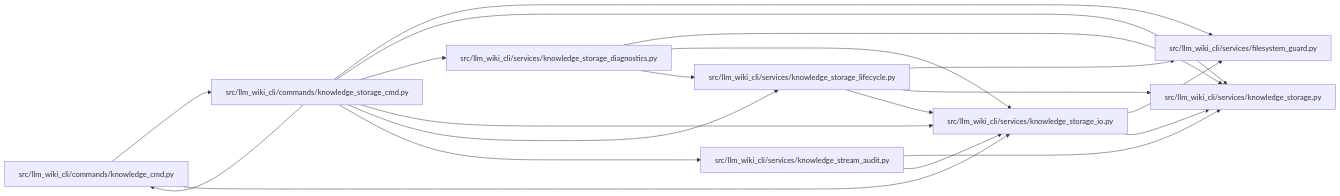
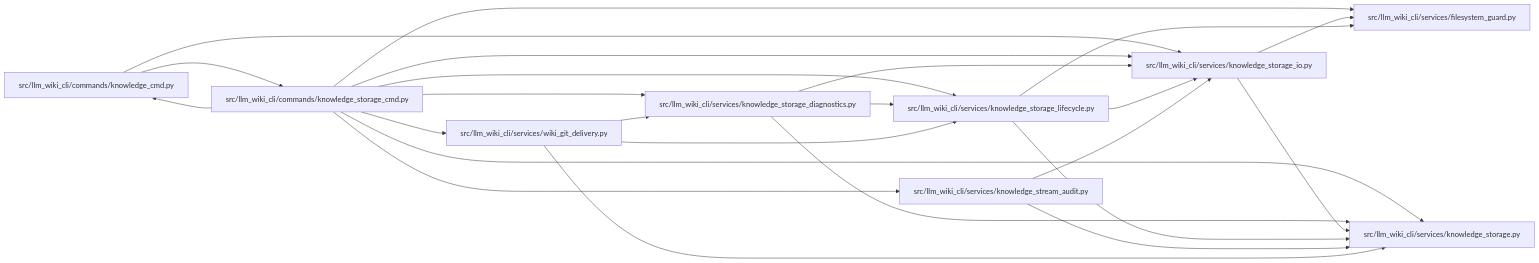
The diagram in docs/llm_wiki/modules/knowledge_storage_cmd.md (Denissvgn/python-wiki-llm), drawn with Mermaid before and after one commit. The commit also changed other lines of this file and 401 other files, not shown here.

````diff
--- a/docs/llm_wiki/modules/knowledge_storage_cmd.md
+++ b/docs/llm_wiki/modules/knowledge_storage_cmd.md
@@ -27,38 +28,44 @@
 ```mermaid
 flowchart LR
     n0["src/llm_wiki_cli/commands/knowledge_cmd.py"]
     n1["src/llm_wiki_cli/commands/knowledge_storage_cmd.py"]
     n2["src/llm_wiki_cli/services/filesystem_guard.py"]
     n3["src/llm_wiki_cli/services/knowledge_storage.py"]
     n4["src/llm_wiki_cli/services/knowledge_storage_diagnostics.py"]
     n5["src/llm_wiki_cli/services/knowledge_storage_io.py"]
     n6["src/llm_wiki_cli/services/knowledge_storage_lifecycle.py"]
     n7["src/llm_wiki_cli/services/knowledge_stream_audit.py"]
+    n8["src/llm_wiki_cli/services/wiki_git_delivery.py"]
     n0 --> n1
     n0 --> n5
     n1 --> n0
     n1 --> n2
     n1 --> n3
     n1 --> n4
     n1 --> n5
     n1 --> n6
     n1 --> n7
+    n1 --> n8
     n4 --> n3
     n4 --> n5
     n4 --> n6
     n5 --> n2
     n5 --> n3
     n6 --> n2
     n6 --> n3
     n6 --> n5
     n7 --> n3
     n7 --> n5
+    n8 --> n3
+    n8 --> n4
+    n8 --> n6
     click n0 "../modules/knowledge_cmd.md"
     click n1 "../modules/knowledge_storage_cmd.md"
     click n2 "../modules/filesystem_guard.md"
     click n3 "../modules/knowledge_storage.md"
     click n4 "../modules/knowledge_storage_diagnostics.md"
     click n5 "../modules/knowledge_storage_io.md"
     click n6 "../modules/knowledge_storage_lifecycle.md"
     click n7 "../modules/knowledge_stream_audit.md"
+    click n8 "../modules/wiki_git_delivery.md"
 ```
````
